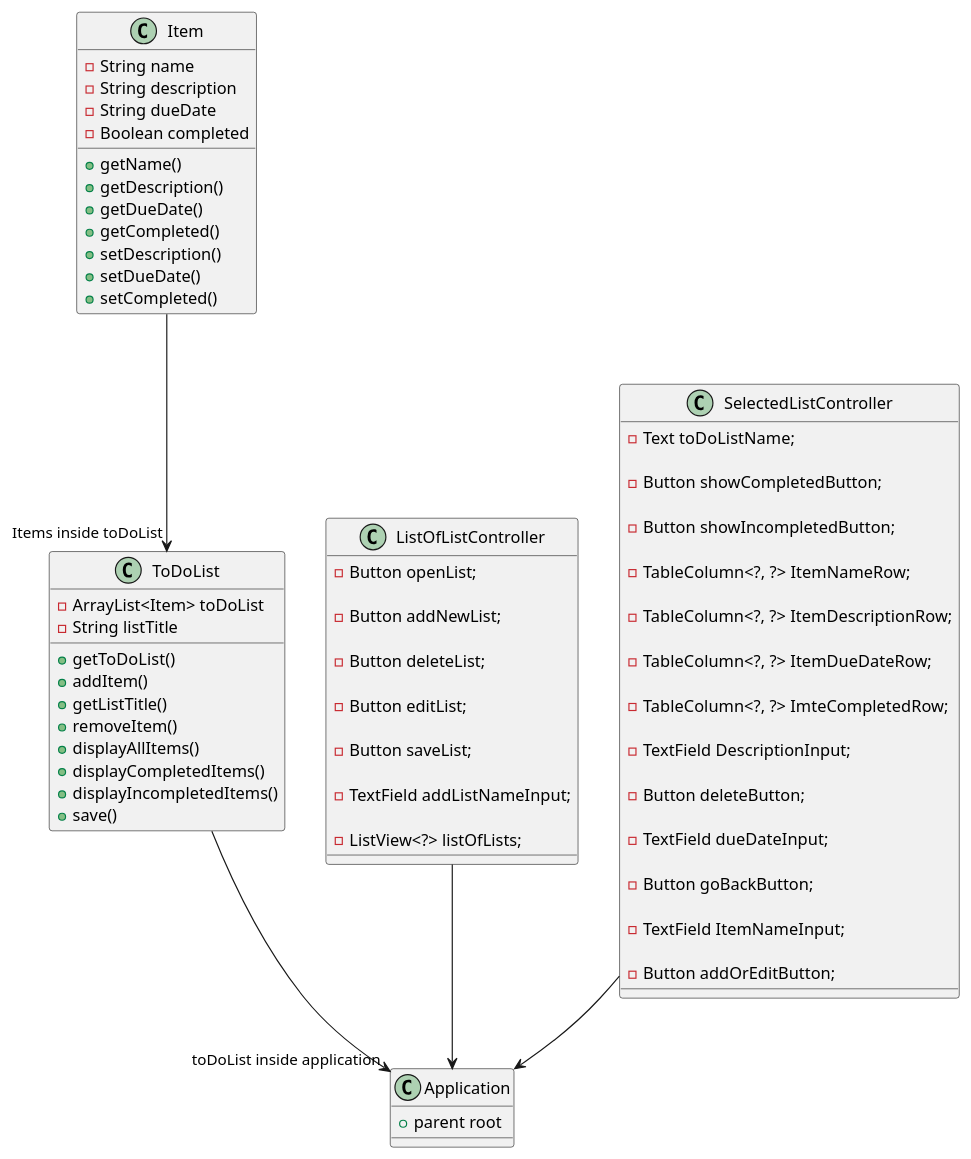
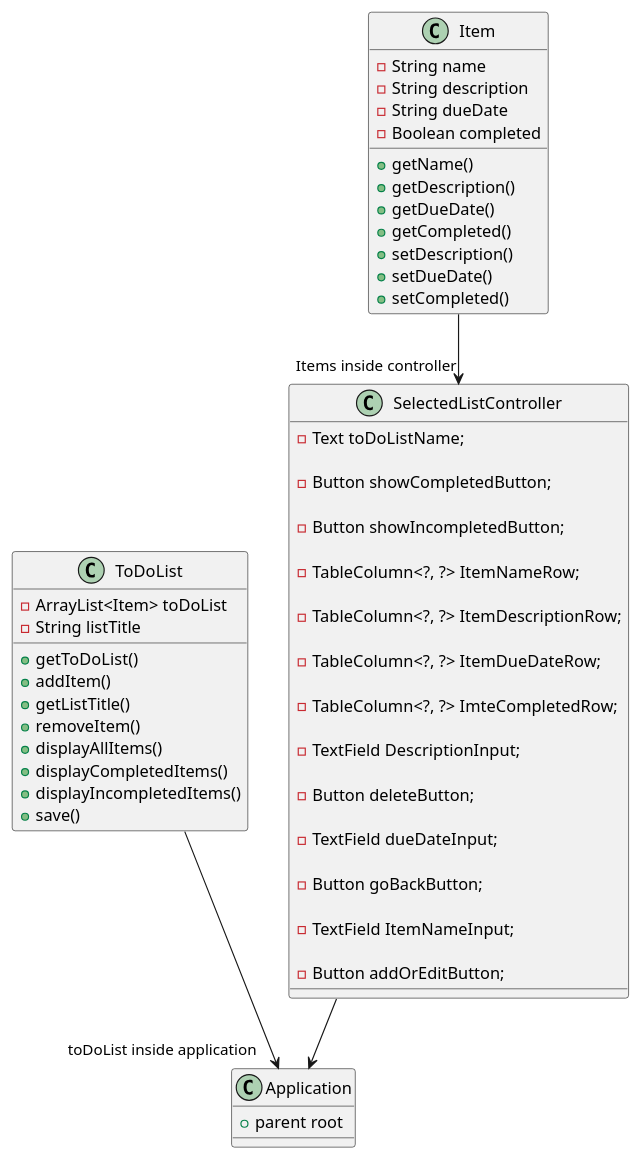
Before and after one commit to dfig7/figueroa-app1-impl: the diagram in ToDoListApplication/docs/toDoListUML.puml, drawn with PlantUML. The commit also changed 3 other files, not shown here.

Commit message:
ToDoList without save and load File and Test

```diff
--- a/ToDoListApplication/docs/toDoListUML.puml
+++ b/ToDoListApplication/docs/toDoListUML.puml
@@ -1,95 +1,79 @@
 @startuml
 'https://plantuml.com/sequence-diagram
 
 class Application{
 +parent root
 
 }
 
 class Item{
     -String name
     -String description
     -String dueDate
     -Boolean completed
 
     +getName()
     +getDescription()
     +getDueDate()
     +getCompleted()
     +setDescription()
     +setDueDate()
     +setCompleted()
 
 }
 
 class ToDoList{
 
     -ArrayList<Item> toDoList
     -String listTitle
 
     +getToDoList()
     +addItem()
     +getListTitle()
     +removeItem()
     +displayAllItems()
     +displayCompletedItems()
     +displayIncompletedItems()
     +save()
 
 }
 
-class ListOfListController{
-       -Button openList;
 
-        -Button addNewList;
-
-        - Button deleteList;
-
-        - Button editList;
-
-        -Button saveList;
-
-        -TextField addListNameInput;
-
-        - ListView<?> listOfLists;
-
-}
 
 class SelectedListController{
 
     -Text toDoListName;
 
     - Button showCompletedButton;
 
     - Button showIncompletedButton;
 
     - TableColumn<?, ?> ItemNameRow;
 
     -TableColumn<?, ?> ItemDescriptionRow;
 
     -TableColumn<?, ?> ItemDueDateRow;
 
     - TableColumn<?, ?> ImteCompletedRow;
 
     -TextField DescriptionInput;
 
     -Button deleteButton;
 
     -TextField dueDateInput;
 
    - Button goBackButton;
 
     - TextField ItemNameInput;
 
     -Button addOrEditButton;
 
 }
 
-Item -->"Items inside toDoList" ToDoList
+Item -->"Items inside controller" SelectedListController
 ToDoList -->"toDoList inside application" Application
 
-ListOfListController --> Application
 SelectedListController --> Application
 
 
 @enduml
```
